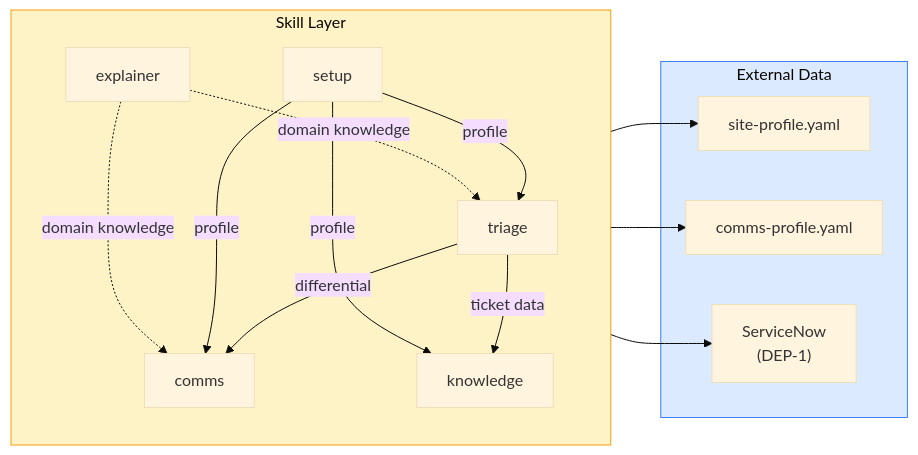
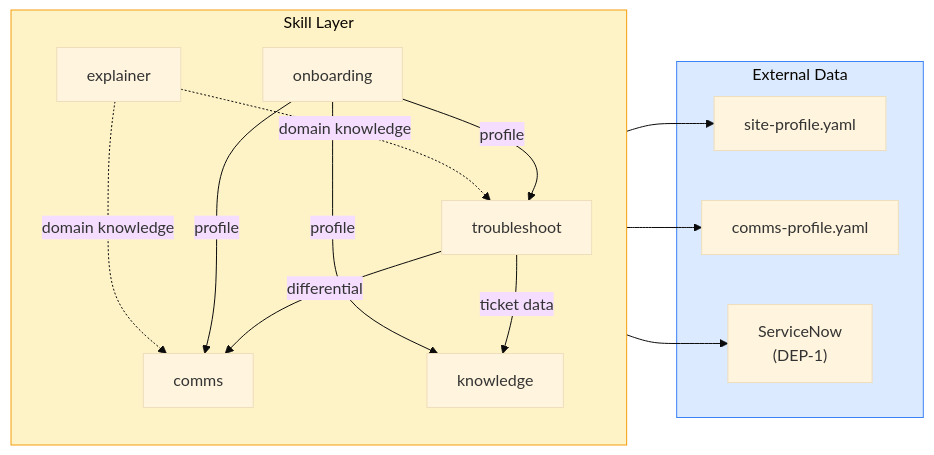
One commit to b08x/ris-assist changed the second of 3 diagrams in docs/CODEBASE-MAP.md. Above: the diagram before and after it, drawn with Mermaid (base theme). The commit also changed other lines of this file and 41 other files, not shown here.

First line of the commit message:
rename: /setup, /triage, /kb-draft, /comms-tune -> /onboarding, /troubleshoot, /draft-kb, /comms-config

````diff
--- a/docs/CODEBASE-MAP.md
+++ b/docs/CODEBASE-MAP.md
@@ -285,26 +287,26 @@
 ```mermaid
 flowchart LR
     subgraph Skills["Skill Layer"]
         direction TB
-        triage["triage"] -->|differential| comms["comms"]
-        triage -->|ticket data| knowledge["knowledge"]
-        setup["setup"] -->|profile| triage
-        setup -->|profile| comms
-        setup -->|profile| knowledge
-        explainer["explainer"] -.->|domain knowledge| triage
+        troubleshoot["troubleshoot"] -->|differential| comms["comms"]
+        troubleshoot -->|ticket data| knowledge["knowledge"]
+        onboarding["onboarding"] -->|profile| troubleshoot
+        onboarding -->|profile| comms
+        onboarding -->|profile| knowledge
+        explainer["explainer"] -.->|domain knowledge| troubleshoot
         explainer -.->|domain knowledge| comms
     end
     
     subgraph External["External Data"]
         sp["site-profile.yaml"]
         cp["comms-profile.yaml"]
         sn["ServiceNow\n(DEP-1)"]
     end
     
-    triage --> sp
+    troubleshoot --> sp
     comms --> cp
     knowledge --> sn
     
     style Skills fill:#fef3c7,stroke:#f59e0b
     style External fill:#dbeafe,stroke:#3b82f6
 ```
````
